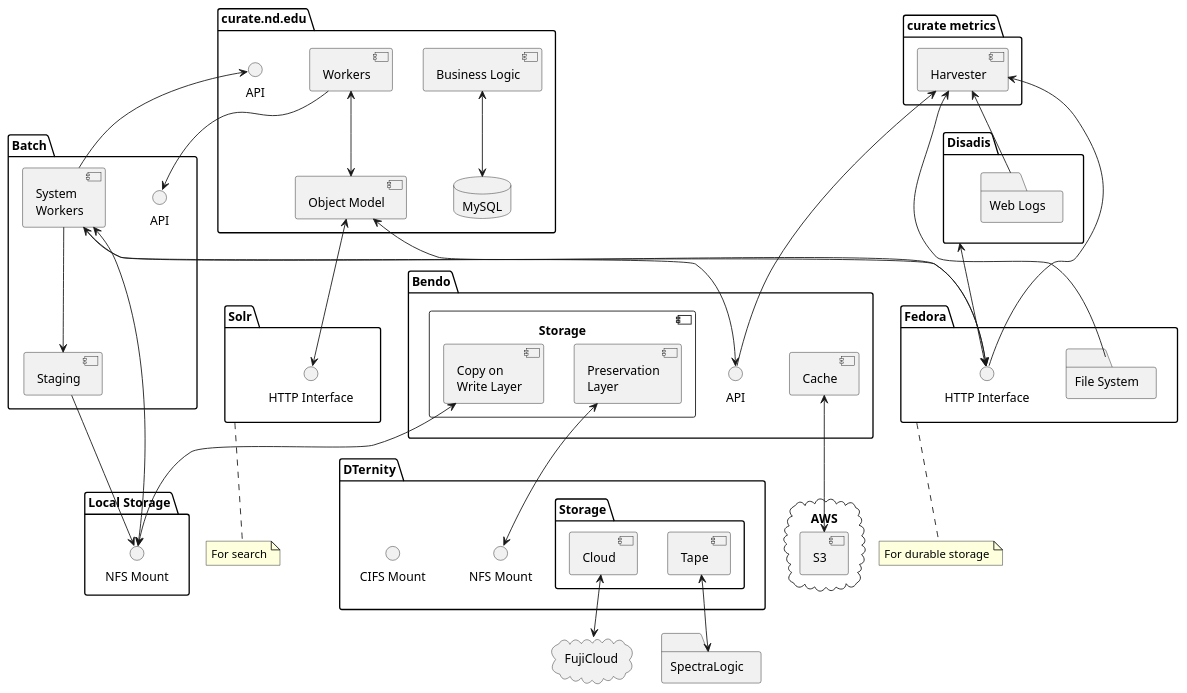
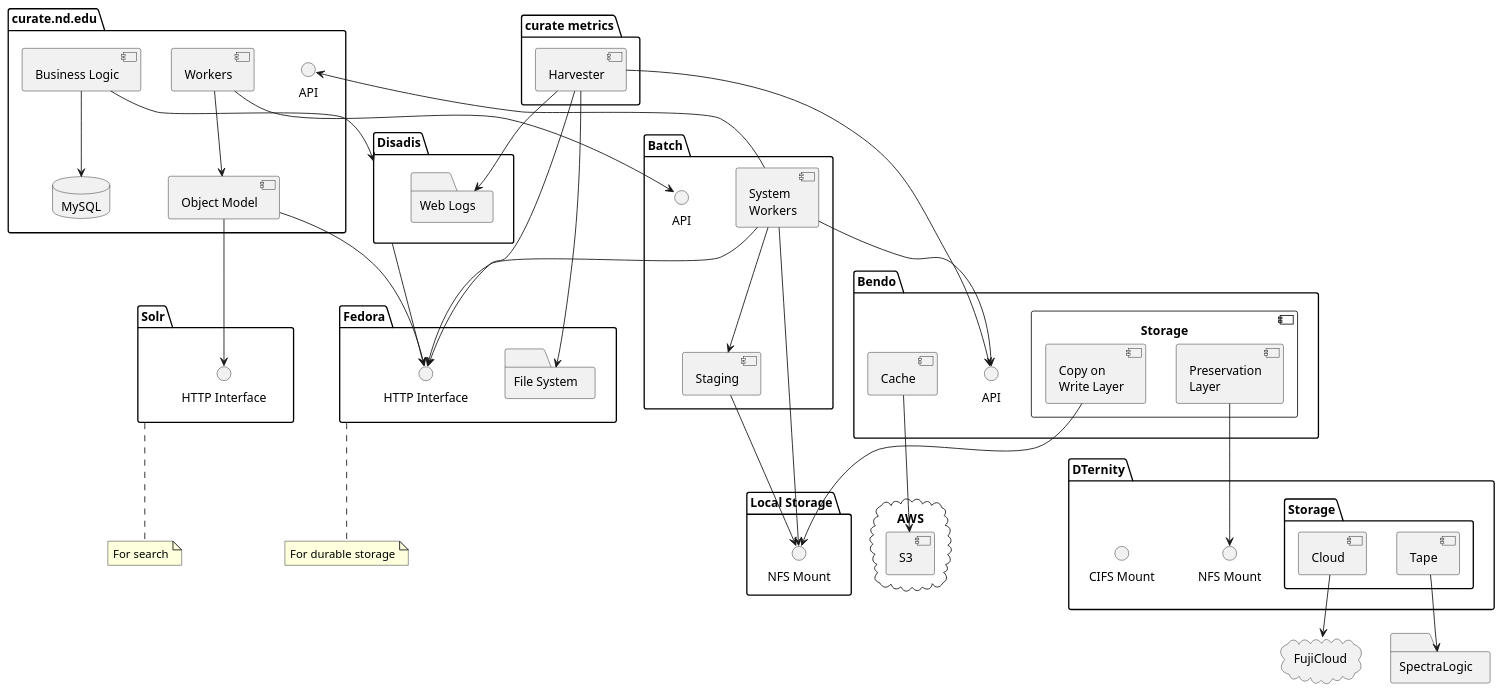
One commit to ndlib/dam-ecosystem-mapping changed the diagram in plantuml/curate_nd.puml. Above: the diagram before and after it, drawn with PlantUML. The commit also changed 4 other files, not shown here.

```diff
--- a/plantuml/curate_nd.puml
+++ b/plantuml/curate_nd.puml
@@ -10,90 +10,91 @@
 @startuml
 
 package "curate.nd.edu" {
   component "Object Model" as CurateOM
   component "Workers" as CurateW
   component "Business Logic" as CurateBL
   database MySQL
   interface "API" as CurateAPI
-  CurateW <--> CurateOM
-  CurateBL <--> MySQL
+  CurateW --> CurateOM
+  CurateBL --> MySQL
 }
 package Disadis {
   folder "Web Logs" as WebLogs
 }
 
 package "Fedora" {
   interface "HTTP Interface" as FedoraHTTP
   folder "File System" as FedoraFS
 }
 note bottom of Fedora
   For durable storage
 end note
 
 package "Solr" {
   interface "HTTP Interface" as SolrHTTP
 }
 note bottom of Solr
   For search
 end note
 
 package "Batch" {
   interface API as BatchAPI
   component "System\nWorkers" as BatchWorkers
   component Staging as BatchStaging
   BatchWorkers --> BatchStaging
 }
 
 package "Bendo" {
   interface API as BendoAPI
   component Cache as BendoC
   component Storage {
     component "Copy on\nWrite Layer" as BendoCOW
     component "Preservation\nLayer" as BendoPL
   }
 }
 
 package "DTernity" {
   interface "NFS Mount" as DTernityNFSM
   interface "CIFS Mount" as DTernityCIFSM
   package "Storage" as DTernityStorage {
     component "Cloud" as DternityCS
     component "Tape" as DternityTS
   }
 }
 
 folder "Local Storage" {
   interface "NFS Mount" as LocalNFSMount
 }
 
 folder "SpectraLogic"
 
 cloud "FujiCloud"
 
 cloud AWS {
   component S3
 }
 
 package "curate metrics" {
   component "Harvester"
-  Harvester <-- WebLogs
-  Harvester <-- FedoraHTTP
-  Harvester <-- FedoraFS
-  Harvester <-- BendoAPI
+  Harvester --> WebLogs
+  Harvester --> FedoraHTTP
+  Harvester --> FedoraFS
+  Harvester --> BendoAPI
 }
 
-BendoPL <--> DTernityNFSM
-CurateOM <--> FedoraHTTP
-CurateOM <--> SolrHTTP
+BendoPL --> DTernityNFSM
+CurateOM --> FedoraHTTP
+CurateOM --> SolrHTTP
 BatchWorkers --> CurateAPI
-BendoCOW <--> LocalNFSMount
-DternityTS <--> SpectraLogic
-DternityCS <--> FujiCloud
-BendoC <--> S3
+BendoCOW --> LocalNFSMount
+DternityTS --> SpectraLogic
+DternityCS --> FujiCloud
+BendoC --> S3
 CurateW --> BatchAPI
 BatchWorkers --> BendoAPI
-BatchWorkers <--> FedoraHTTP
-BatchWorkers <--> LocalNFSMount
+BatchWorkers --> FedoraHTTP
+BatchWorkers --> LocalNFSMount
 BatchStaging --> LocalNFSMount
-Disadis <--> FedoraHTTP
+Disadis --> FedoraHTTP
+CurateBL --> Disadis
 @enduml
```
